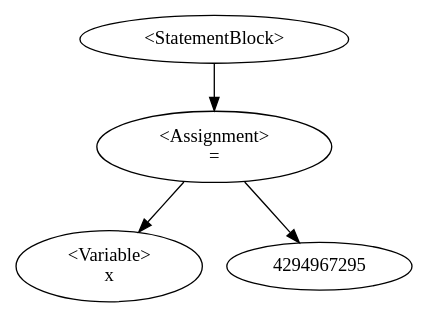
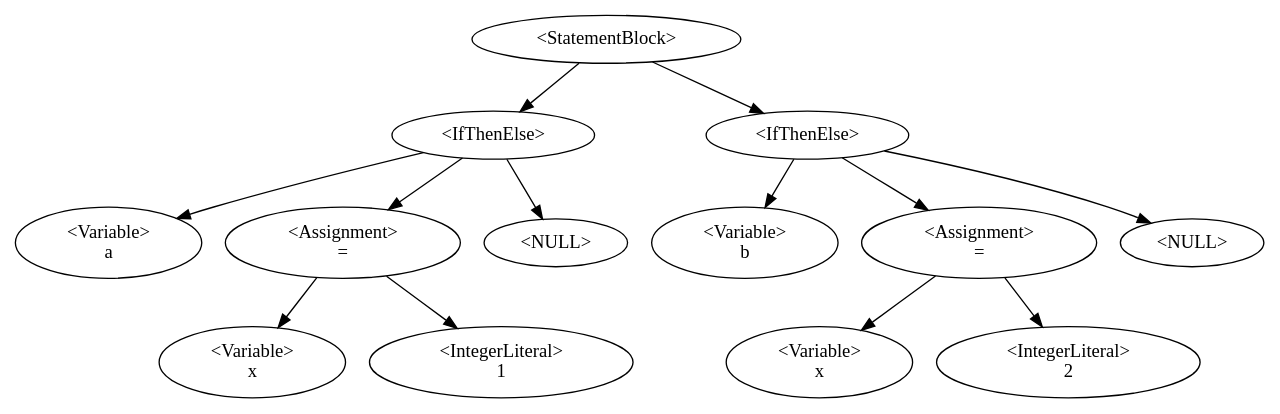
The diagram in Dino/Dino/AstDisplay.gv (QazmoQwerty/dino), drawn with Graphviz before and after one commit. The commit also changed 12 other files, not shown here.

```diff
--- a/Dino/Dino/AstDisplay.gv
+++ b/Dino/Dino/AstDisplay.gv
@@ -1,5 +1,13 @@
 digraph G {
-0 [label="<StatementBlock>"];0->2;
-2 [label="<Assignment>\n="];2->1;2->4294967295;
-1 [label="<Variable>\nx"];
+0 [label="<StatementBlock>"];0->1;0->6;
+1 [label="<IfThenElse>"];1->2;1->4;1->-1;-1 [label="<NULL>"];
+2 [label="<Variable>\na"];
+4 [label="<Assignment>\n="];4->3;4->5;
+3 [label="<Variable>\nx"];
+5 [label="<IntegerLiteral>\n1"];
+6 [label="<IfThenElse>"];6->7;6->9;6->-2;-2 [label="<NULL>"];
+7 [label="<Variable>\nb"];
+9 [label="<Assignment>\n="];9->8;9->10;
+8 [label="<Variable>\nx"];
+10 [label="<IntegerLiteral>\n2"];
 }
```
